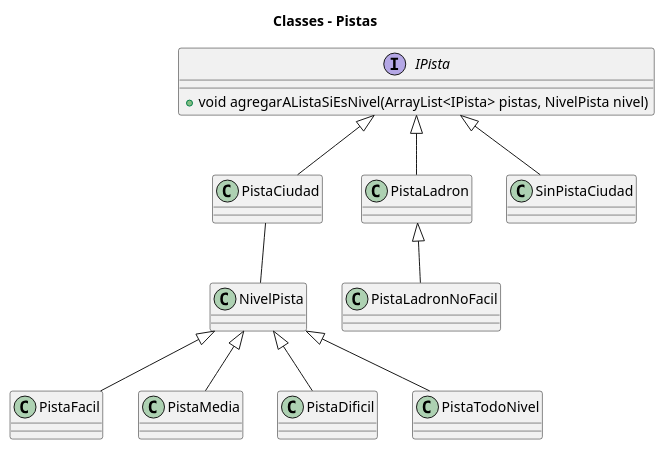
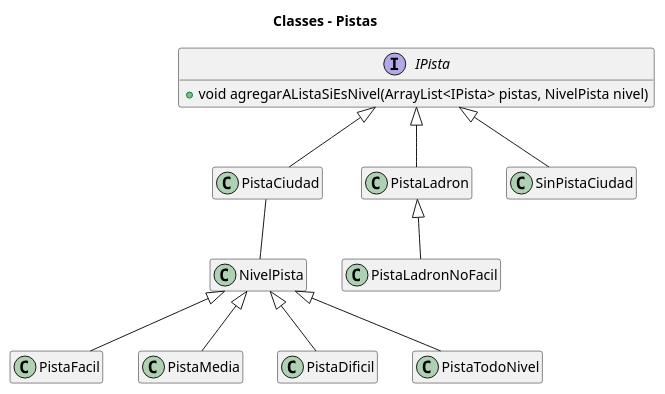
One commit to MarconMatias/TP2-AyPIII changed the diagram in diagrams/classes/clase_pista.plantuml. Above: the diagram before and after it, drawn with PlantUML. The commit also changed 15 other files, not shown here.

```diff
--- a/diagrams/classes/clase_pista.plantuml
+++ b/diagrams/classes/clase_pista.plantuml
@@ -1,34 +1,35 @@
-@startuml
+@startuml DC_pista
+hide empty members
 
 title Classes - Pistas
 
 interface IPista {
   + void agregarAListaSiEsNivel(ArrayList<IPista> pistas, NivelPista nivel)
 }
 
 class PistaCiudad
 class PistaLadron
 class PistaLadronNoFacil 
 class SinPistaCiudad
 
 abstract class NivelPista
 
 class NivelPista
 class PistaFacil
 class PistaMedia
 class PistaDificil
 class PistaTodoNivel
 
 IPista <|--PistaCiudad
 IPista <|--SinPistaCiudad
 IPista <|--PistaLadron
 PistaLadron <|-- PistaLadronNoFacil
 PistaCiudad -- NivelPista
 
 NivelPista <|-- PistaFacil
 NivelPista <|-- PistaMedia
 NivelPista <|-- PistaDificil
 NivelPista <|-- PistaTodoNivel
 
 
 @enduml
```
